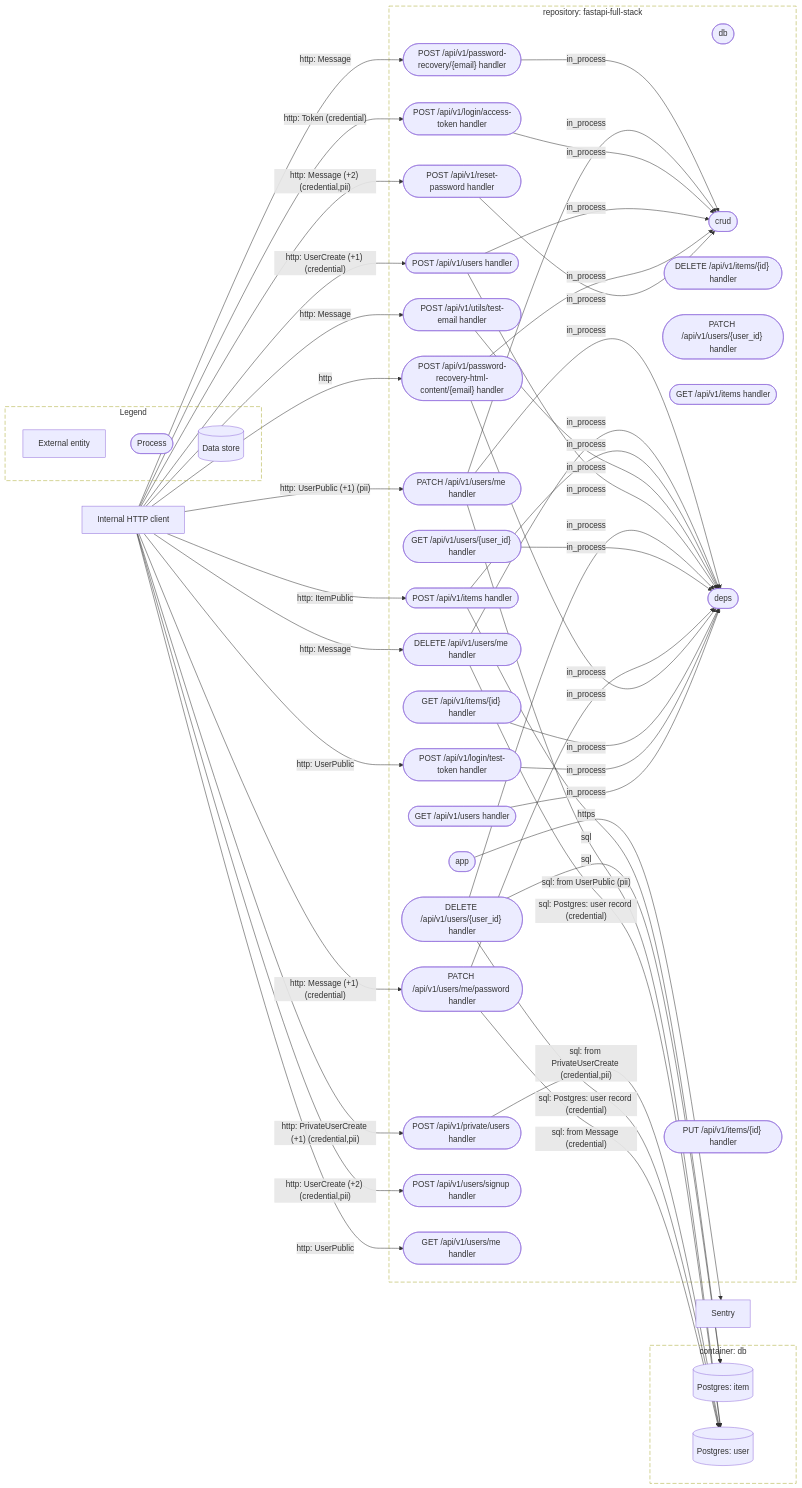
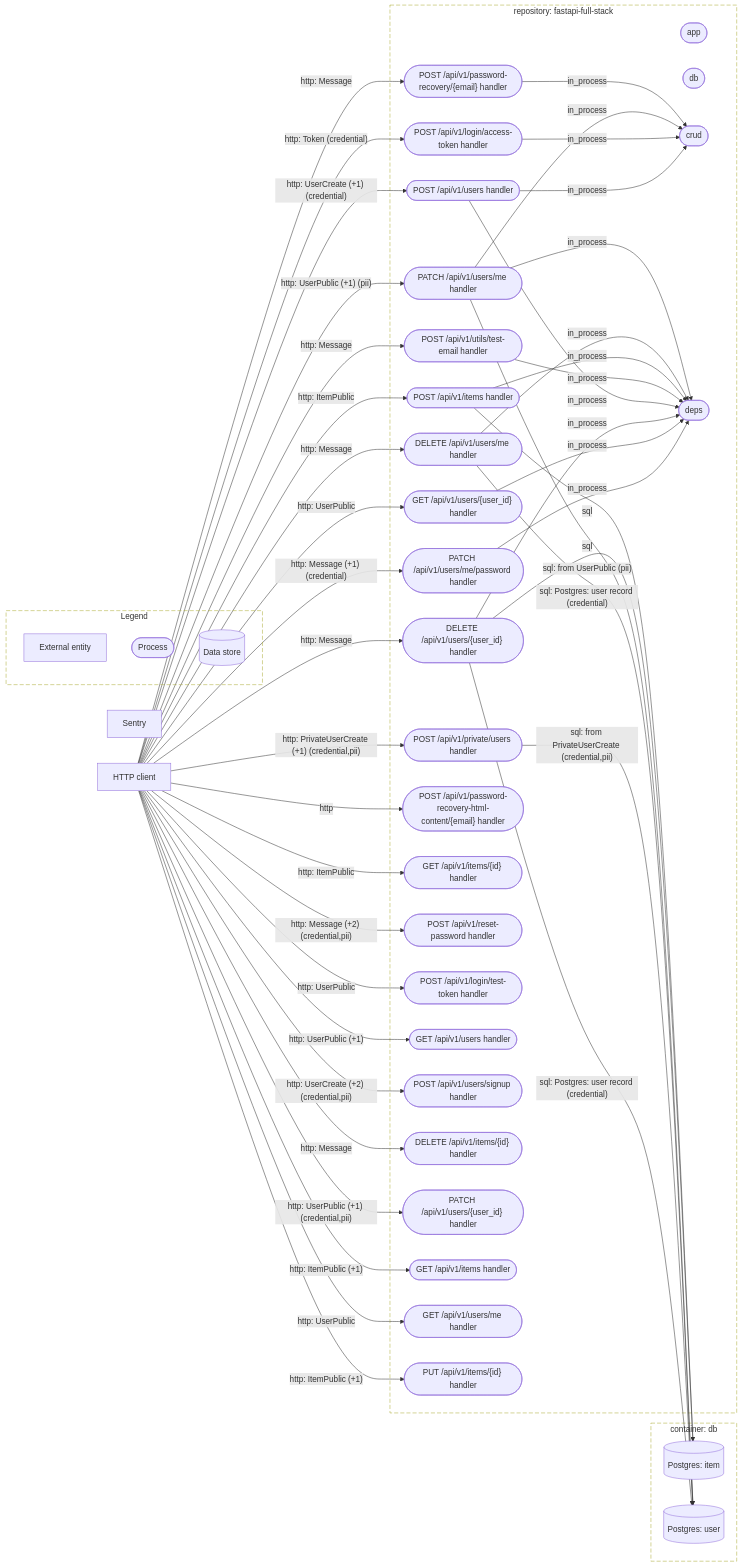
Before and after one commit to AskShri/code2designmapping: the diagram in evaluation/fastapi-full-stack/diagrams/dfd-l2-nmmdbtjh6y.mmd, drawn with Mermaid. The commit also changed 164 other files, not shown here.

```diff
--- a/evaluation/fastapi-full-stack/diagrams/dfd-l2-nmmdbtjh6y.mmd
+++ b/evaluation/fastapi-full-stack/diagrams/dfd-l2-nmmdbtjh6y.mmd
@@ -1,85 +1,85 @@
 %% L2 - backend
 flowchart LR
   subgraph bnd_ufdlxvnxtg["repository: fastapi-full-stack"]
     proc_3ufcibndhy(["POST /api/v1/password-recovery/{email} handler"])
     proc_65puxryp3r(["PATCH /api/v1/users/me handler"])
     proc_7txtrj4dec(["DELETE /api/v1/users/me handler"])
     proc_awp3fm5mfw(["POST /api/v1/items handler"])
     proc_brxcpeer5h(["POST /api/v1/private/users handler"])
     proc_glq3za7d27(["POST /api/v1/utils/test-email handler"])
     proc_hjj64lxp23(["POST /api/v1/login/access-token handler"])
     proc_huclt4sjqf(["POST /api/v1/users handler"])
     proc_i2dswxf36e(["DELETE /api/v1/users/{user_id} handler"])
     proc_in3rs4wg2g(["GET /api/v1/users/{user_id} handler"])
     proc_iwtpiezg52(["PATCH /api/v1/users/me/password handler"])
     proc_jk6eiv3ld4(["POST /api/v1/password-recovery-html-content/{email} handler"])
     proc_klxpul7r3p(["GET /api/v1/items/{id} handler"])
     proc_l4kz75vvqt(["POST /api/v1/reset-password handler"])
     proc_mji73ecoay(["app"])
     proc_qo5ceqj6i5(["POST /api/v1/login/test-token handler"])
     proc_qtaga45eam(["GET /api/v1/users handler"])
     proc_rrqf6e5oau(["db"])
     proc_ssqnq624zo(["POST /api/v1/users/signup handler"])
     proc_t3qiqsmzm3(["crud"])
     proc_woidodah2j(["DELETE /api/v1/items/{id} handler"])
     proc_xldz7rtssg(["PATCH /api/v1/users/{user_id} handler"])
     proc_xr7lxktrph(["GET /api/v1/items handler"])
     proc_y2oca677vj(["deps"])
     proc_y6fun7klba(["GET /api/v1/users/me handler"])
     proc_zeiy7nrq77(["PUT /api/v1/items/{id} handler"])
   end
   subgraph bnd_li56z6okmf["container: db"]
     store_qxjued45lx[("Postgres: item")]
     store_tvae56uepz[("Postgres: user")]
   end
-  ext_3nnzcvcul3["Internal HTTP client"]
   ext_lhns7pymnw["Sentry"]
-  %% 23 lower-weight edges omitted (edge budget 40)
-  ext_3nnzcvcul3 -->|"http: Message"| proc_3ufcibndhy
-  ext_3nnzcvcul3 -->|"http: UserPublic (+1) (pii)"| proc_65puxryp3r
-  ext_3nnzcvcul3 -->|"http: Message"| proc_7txtrj4dec
-  ext_3nnzcvcul3 -->|"http: ItemPublic"| proc_awp3fm5mfw
-  ext_3nnzcvcul3 -->|"http: PrivateUserCreate (+1) (credential,pii)"| proc_brxcpeer5h
-  ext_3nnzcvcul3 -->|"http: Message"| proc_glq3za7d27
-  ext_3nnzcvcul3 -->|"http: Token (credential)"| proc_hjj64lxp23
-  ext_3nnzcvcul3 -->|"http: UserCreate (+1) (credential)"| proc_huclt4sjqf
-  ext_3nnzcvcul3 -->|"http: Message (+1) (credential)"| proc_iwtpiezg52
-  ext_3nnzcvcul3 -->|"http"| proc_jk6eiv3ld4
-  ext_3nnzcvcul3 -->|"http: Message (+2) (credential,pii)"| proc_l4kz75vvqt
-  ext_3nnzcvcul3 -->|"http: UserPublic"| proc_qo5ceqj6i5
-  ext_3nnzcvcul3 -->|"http: UserCreate (+2) (credential,pii)"| proc_ssqnq624zo
-  ext_3nnzcvcul3 -->|"http: UserPublic"| proc_y6fun7klba
+  ext_sga4qktkap["HTTP client"]
+  %% 31 lower-weight edges omitted (edge budget 40)
+  ext_sga4qktkap -->|"http: Message"| proc_3ufcibndhy
+  ext_sga4qktkap -->|"http: UserPublic (+1) (pii)"| proc_65puxryp3r
+  ext_sga4qktkap -->|"http: Message"| proc_7txtrj4dec
+  ext_sga4qktkap -->|"http: ItemPublic"| proc_awp3fm5mfw
+  ext_sga4qktkap -->|"http: PrivateUserCreate (+1) (credential,pii)"| proc_brxcpeer5h
+  ext_sga4qktkap -->|"http: Message"| proc_glq3za7d27
+  ext_sga4qktkap -->|"http: Token (credential)"| proc_hjj64lxp23
+  ext_sga4qktkap -->|"http: UserCreate (+1) (credential)"| proc_huclt4sjqf
+  ext_sga4qktkap -->|"http: Message"| proc_i2dswxf36e
+  ext_sga4qktkap -->|"http: UserPublic"| proc_in3rs4wg2g
+  ext_sga4qktkap -->|"http: Message (+1) (credential)"| proc_iwtpiezg52
+  ext_sga4qktkap -->|"http"| proc_jk6eiv3ld4
+  ext_sga4qktkap -->|"http: ItemPublic"| proc_klxpul7r3p
+  ext_sga4qktkap -->|"http: Message (+2) (credential,pii)"| proc_l4kz75vvqt
+  ext_sga4qktkap -->|"http: UserPublic"| proc_qo5ceqj6i5
+  ext_sga4qktkap -->|"http: UserPublic (+1)"| proc_qtaga45eam
+  ext_sga4qktkap -->|"http: UserCreate (+2) (credential,pii)"| proc_ssqnq624zo
+  ext_sga4qktkap -->|"http: Message"| proc_woidodah2j
+  ext_sga4qktkap -->|"http: UserPublic (+1) (credential,pii)"| proc_xldz7rtssg
+  ext_sga4qktkap -->|"http: ItemPublic (+1)"| proc_xr7lxktrph
+  ext_sga4qktkap -->|"http: UserPublic"| proc_y6fun7klba
+  ext_sga4qktkap -->|"http: ItemPublic (+1)"| proc_zeiy7nrq77
   proc_3ufcibndhy -->|"in_process"| proc_t3qiqsmzm3
   proc_65puxryp3r -->|"in_process"| proc_t3qiqsmzm3
   proc_65puxryp3r -->|"in_process"| proc_y2oca677vj
   proc_65puxryp3r -->|"sql: from UserPublic (pii)"| store_tvae56uepz
   proc_7txtrj4dec -->|"in_process"| proc_y2oca677vj
   proc_7txtrj4dec -->|"sql: Postgres: user record (credential)"| store_tvae56uepz
   proc_awp3fm5mfw -->|"in_process"| proc_y2oca677vj
   proc_awp3fm5mfw -->|"sql"| store_qxjued45lx
   proc_brxcpeer5h -->|"sql: from PrivateUserCreate (credential,pii)"| store_tvae56uepz
   proc_glq3za7d27 -->|"in_process"| proc_y2oca677vj
   proc_hjj64lxp23 -->|"in_process"| proc_t3qiqsmzm3
   proc_huclt4sjqf -->|"in_process"| proc_t3qiqsmzm3
   proc_huclt4sjqf -->|"in_process"| proc_y2oca677vj
   proc_i2dswxf36e -->|"in_process"| proc_y2oca677vj
   proc_i2dswxf36e -->|"sql"| store_qxjued45lx
   proc_i2dswxf36e -->|"sql: Postgres: user record (credential)"| store_tvae56uepz
   proc_in3rs4wg2g -->|"in_process"| proc_y2oca677vj
   proc_iwtpiezg52 -->|"in_process"| proc_y2oca677vj
-  proc_iwtpiezg52 -->|"sql: from Message (credential)"| store_tvae56uepz
-  proc_jk6eiv3ld4 -->|"in_process"| proc_t3qiqsmzm3
-  proc_jk6eiv3ld4 -->|"in_process"| proc_y2oca677vj
-  proc_klxpul7r3p -->|"in_process"| proc_y2oca677vj
-  proc_l4kz75vvqt -->|"in_process"| proc_t3qiqsmzm3
-  proc_mji73ecoay -->|"https"| ext_lhns7pymnw
-  proc_qo5ceqj6i5 -->|"in_process"| proc_y2oca677vj
-  proc_qtaga45eam -->|"in_process"| proc_y2oca677vj
   style bnd_ufdlxvnxtg stroke-dasharray: 8 4,fill:none
   style bnd_li56z6okmf stroke-dasharray: 8 4,fill:none
   subgraph legend["Legend"]
     lg_e["External entity"]
     lg_p(["Process"])
     lg_s[("Data store")]
   end
   style legend stroke-dasharray: 8 4,fill:none
```
